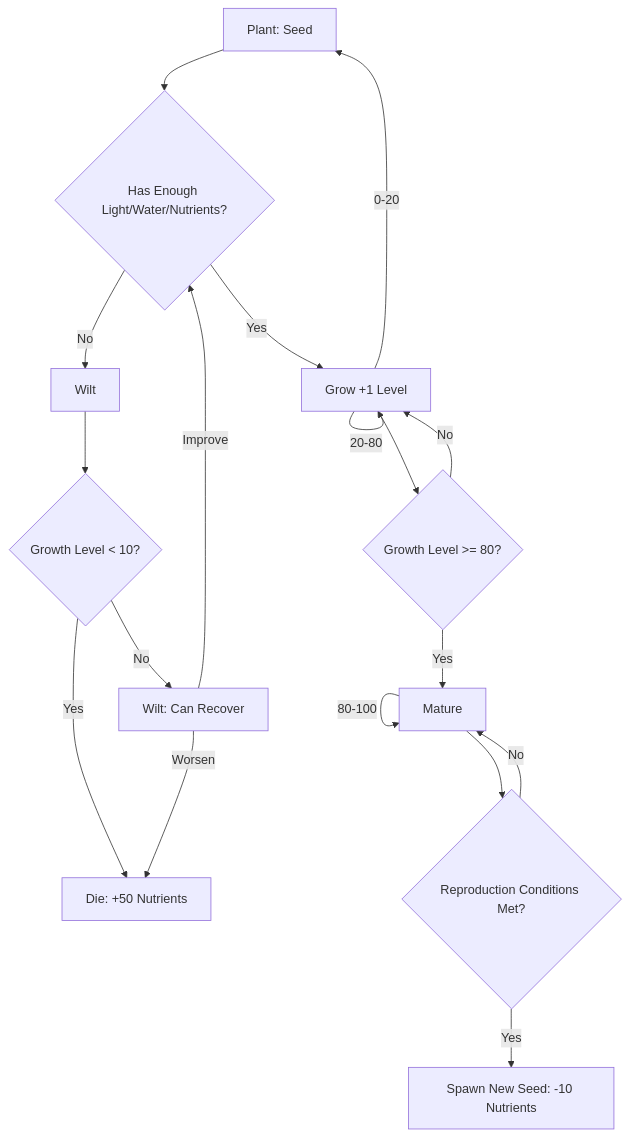
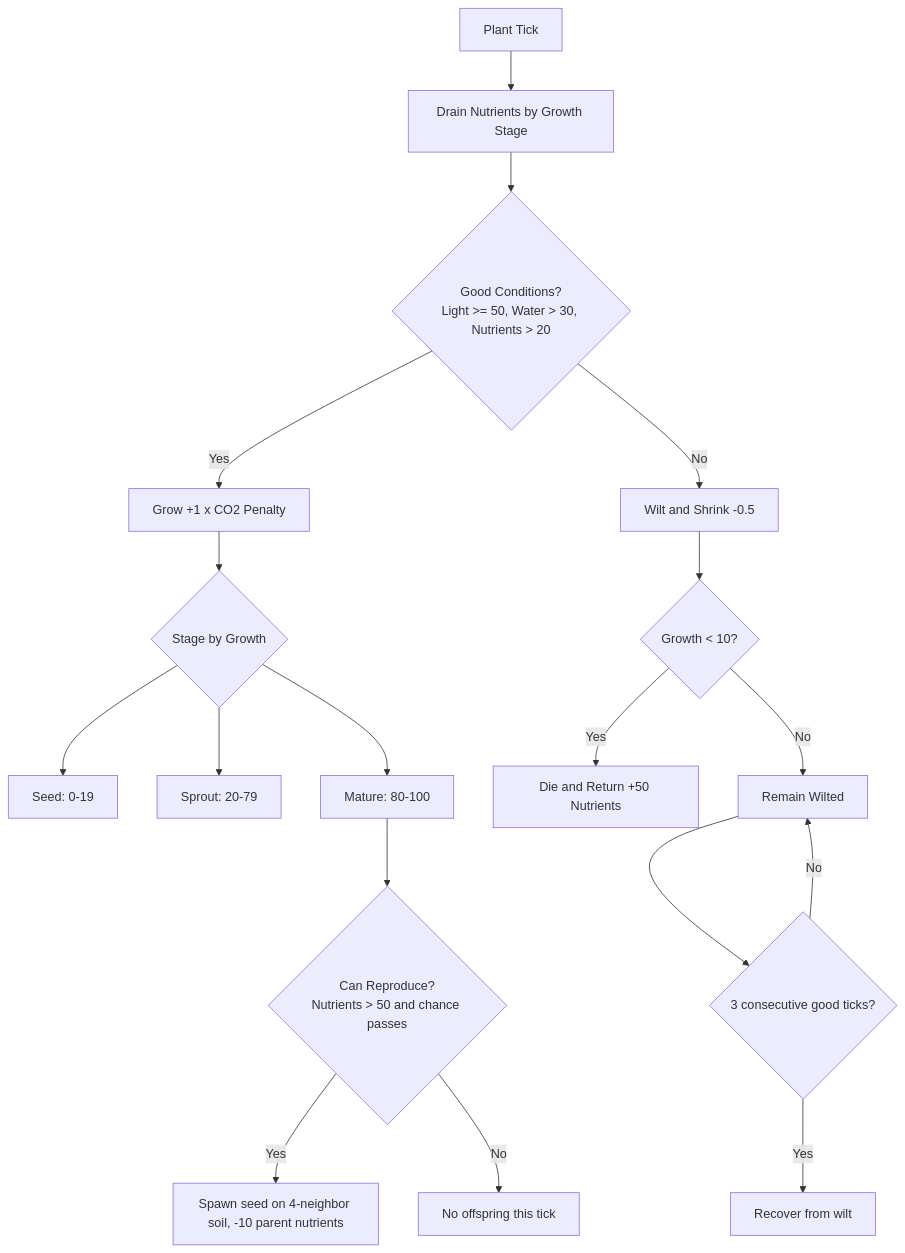
One commit to DenysVuika/terrarium changed the diagram in sandbox/terrarium-plants-lifecycle.md. Above: the diagram before and after it, drawn with Mermaid. The commit also changed other lines of this file and 10 other files, not shown here.

````diff
--- a/sandbox/terrarium-plants-lifecycle.md
+++ b/sandbox/terrarium-plants-lifecycle.md
@@ -1,22 +3,25 @@
 ```mermaid
 flowchart TD
-    A1[Plant: Seed] --> B1{Has Enough Light/Water/Nutrients?}
-    B1 -->|Yes| C1[Grow +1 Level]
-    B1 -->|No| D1[Wilt]
-    C1 --> E1{Growth Level >= 80?}
-    E1 -->|Yes| F1[Mature]
-    E1 -->|No| C1
-    F1 --> G1{Reproduction Conditions Met?}
-    G1 -->|Yes| H1[Spawn New Seed: -10 Nutrients]
-    G1 -->|No| F1
-    
-    C1 -->|0-20| A1
-    C1 -->|20-80| C1
-    F1 -->|80-100| F1
-    
-    D1 --> I1{Growth Level < 10?}
-    I1 -->|Yes| J1[Die: +50 Nutrients]
-    I1 -->|No| K1[Wilt: Can Recover]
-    K1 -->|Improve| B1
-    K1 -->|Worsen| J1
+    A[Plant Tick] --> B[Drain Nutrients by Growth Stage]
+    B --> C{Good Conditions?<br/>Light >= 50, Water > 30, Nutrients > 20}
+
+    C -->|Yes| D[Grow +1 x CO2 Penalty]
+    C -->|No| E[Wilt and Shrink -0.5]
+
+    E --> F{Growth < 10?}
+    F -->|Yes| G[Die and Return +50 Nutrients]
+    F -->|No| H[Remain Wilted]
+
+    D --> I{Stage by Growth}
+    I --> I1[Seed: 0-19]
+    I --> I2[Sprout: 20-79]
+    I --> I3[Mature: 80-100]
+
+    I3 --> J{Can Reproduce?<br/>Nutrients > 50 and chance passes}
+    J -->|Yes| K[Spawn seed on 4-neighbor soil, -10 parent nutrients]
+    J -->|No| L[No offspring this tick]
+
+    H --> M{3 consecutive good ticks?}
+    M -->|Yes| N[Recover from wilt]
+    M -->|No| H
 ```
````
